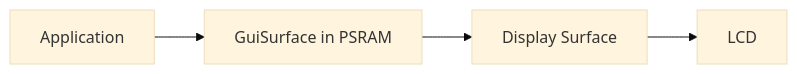
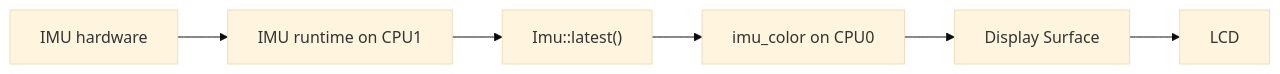
Before and after one commit to wackazong/hackandhike-2026: the ninth of 17 diagrams in README.md, drawn with Mermaid (base theme). The commit also changed other lines of this file, not shown here.

Commit message:
Expand beginner application examples

````diff
--- a/README.md
+++ b/README.md
@@ -771,6 +768,8 @@
 ```mermaid
 flowchart LR
-    App["Application"] --> Gui["GuiSurface in PSRAM"]
-    Gui --> Surface["Display Surface"]
+    Sensor["IMU hardware"] --> Runtime["IMU runtime on CPU1"]
+    Runtime --> Latest["Imu::latest()"]
+    Latest --> App["imu_color on CPU0"]
+    App --> Surface["Display Surface"]
     Surface --> LCD["LCD"]
 ```
````
